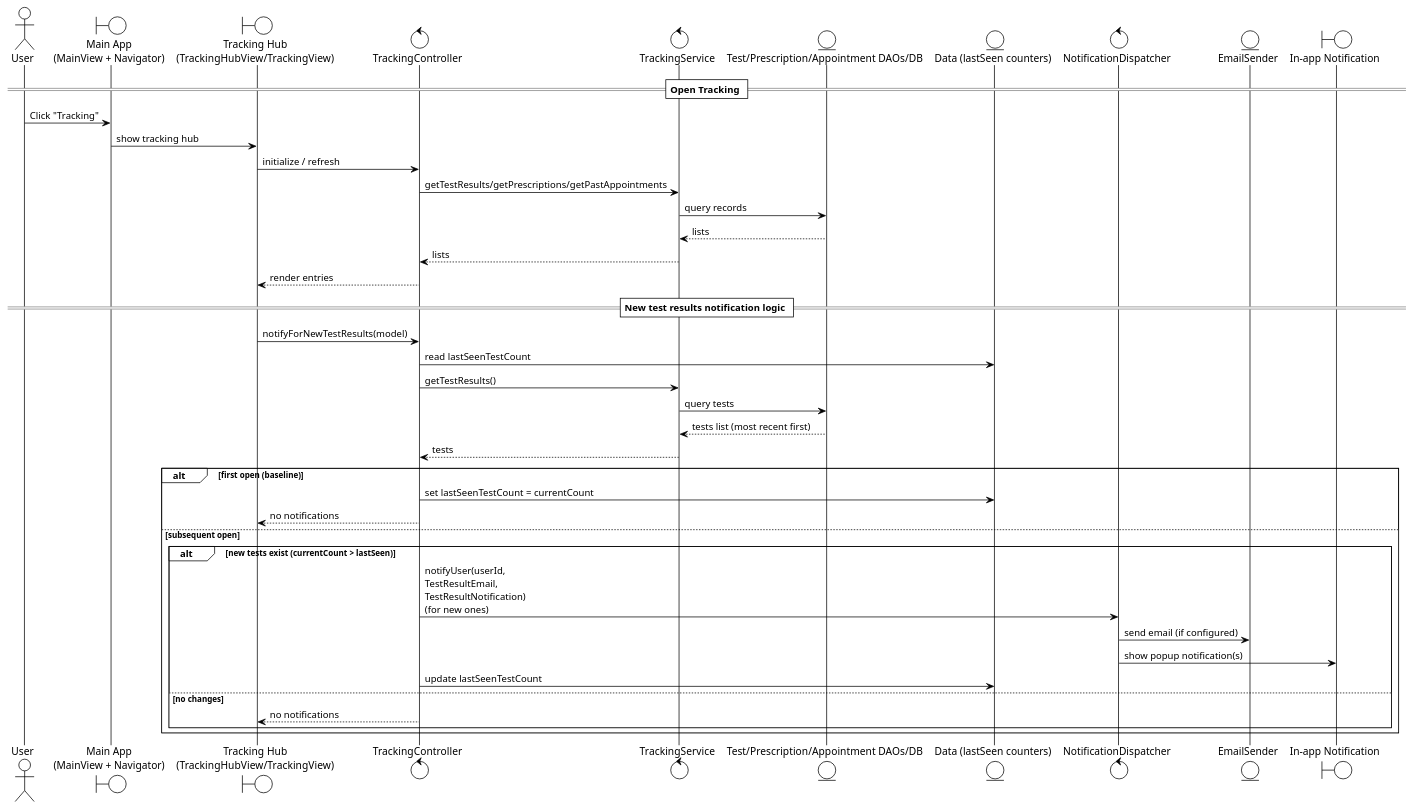
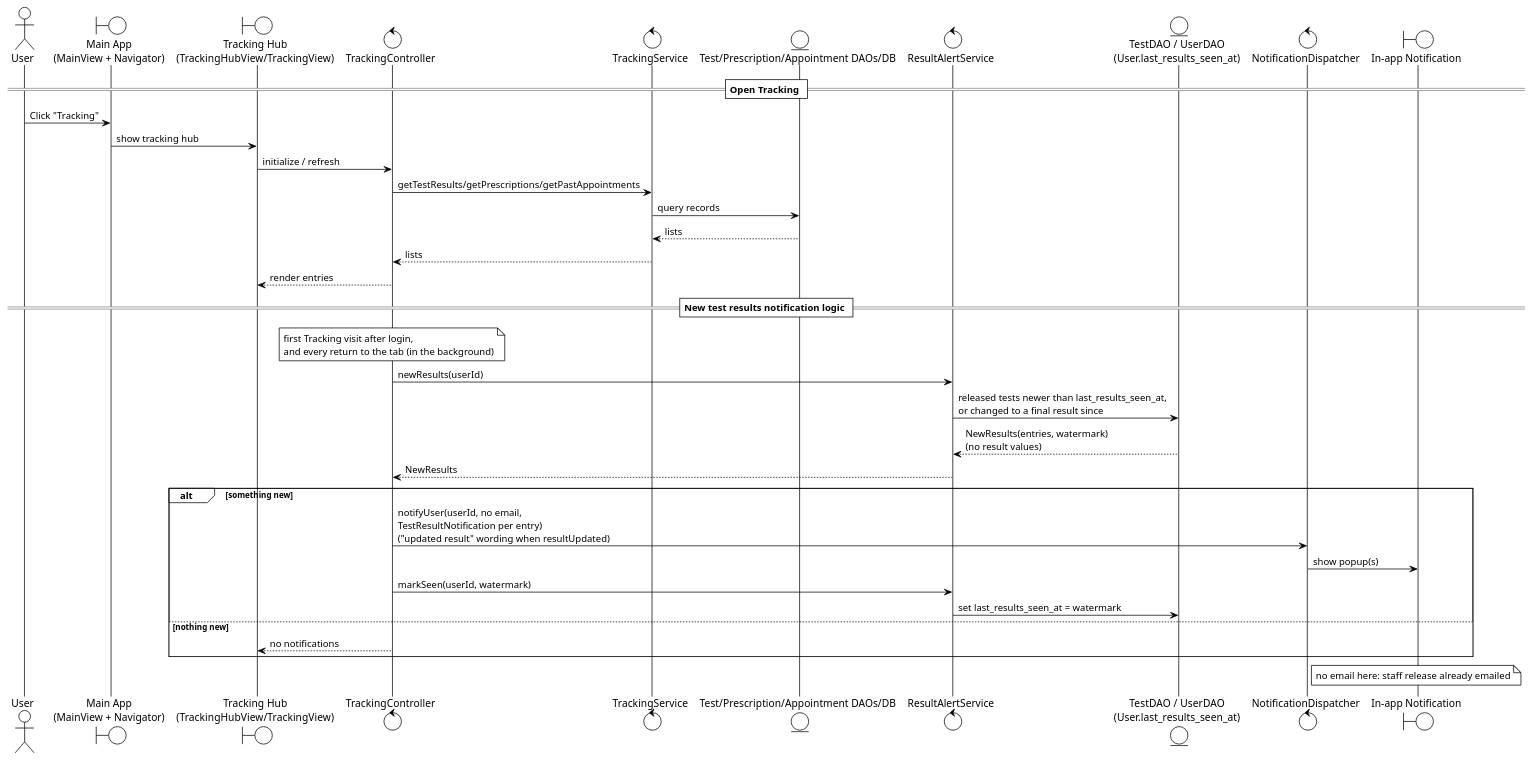
The diagram in src/seq-tracking.puml (Maheer1001/clinic-booking-app), drawn with PlantUML before and after one commit. The commit also changed 7 other files, not shown here.

Commit message:
New-result alert comes from the database: released while logged out and PENDING to final results are announced, no patient-side email

```diff
--- a/src/seq-tracking.puml
+++ b/src/seq-tracking.puml
@@ -1,49 +1,44 @@
 @startuml Tracking - View Records + New Results Notification Logic
 !theme plain
 skinparam linetype ortho
 skinparam shadowing false
 
 actor User
 boundary "Main App\n(MainView + Navigator)" as MainUI
 boundary "Tracking Hub\n(TrackingHubView/TrackingView)" as TrackingUI
 control "TrackingController" as TrackingC
 control "TrackingService" as TrackingS
 entity "Test/Prescription/Appointment DAOs/DB" as TrackingDB
-entity "Data (lastSeen counters)" as Data
+control "ResultAlertService" as Alerts
+entity "TestDAO / UserDAO\n(User.last_results_seen_at)" as AlertDB
 control "NotificationDispatcher" as Dispatch
-entity "EmailSender" as Mail
 boundary "In-app Notification" as Notif
 
 == Open Tracking ==
 User -> MainUI: Click "Tracking"
 MainUI -> TrackingUI: show tracking hub
 TrackingUI -> TrackingC: initialize / refresh
 TrackingC -> TrackingS: getTestResults/getPrescriptions/getPastAppointments
 TrackingS -> TrackingDB: query records
 TrackingDB --> TrackingS: lists
 TrackingS --> TrackingC: lists
 TrackingC --> TrackingUI: render entries
 
 == New test results notification logic ==
-TrackingUI -> TrackingC: notifyForNewTestResults(model)
-TrackingC -> Data: read lastSeenTestCount
-TrackingC -> TrackingS: getTestResults()
-TrackingS -> TrackingDB: query tests
-TrackingDB --> TrackingS: tests list (most recent first)
-TrackingS --> TrackingC: tests
+note over TrackingC: first Tracking visit after login,\nand every return to the tab (in the background)
+TrackingC -> Alerts: newResults(userId)
+Alerts -> AlertDB: released tests newer than last_results_seen_at,\nor changed to a final result since
+AlertDB --> Alerts: NewResults(entries, watermark)\n(no result values)
+Alerts --> TrackingC: NewResults
 
-alt first open (baseline)
-  TrackingC -> Data: set lastSeenTestCount = currentCount
+alt something new
+  TrackingC -> Dispatch: notifyUser(userId, no email,\nTestResultNotification per entry)\n("updated result" wording when resultUpdated)
+  Dispatch -> Notif: show popup(s)
+  TrackingC -> Alerts: markSeen(userId, watermark)
+  Alerts -> AlertDB: set last_results_seen_at = watermark
+else nothing new
   TrackingC --> TrackingUI: no notifications
-else subsequent open
-  alt new tests exist (currentCount > lastSeen)
-    TrackingC -> Dispatch: notifyUser(userId,\nTestResultEmail,\nTestResultNotification)\n(for new ones)
-    Dispatch -> Mail: send email (if configured)
-    Dispatch -> Notif: show popup notification(s)
-    TrackingC -> Data: update lastSeenTestCount
-  else no changes
-    TrackingC --> TrackingUI: no notifications
-  end
 end
+note right of Dispatch: no email here: staff release already emailed
 
 @enduml
```
